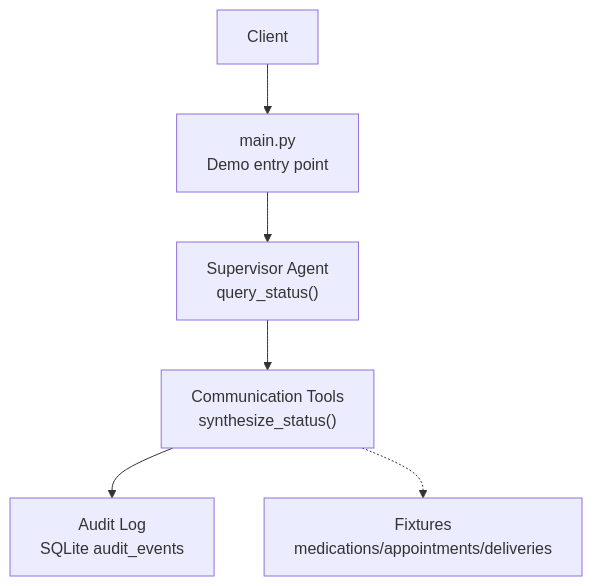
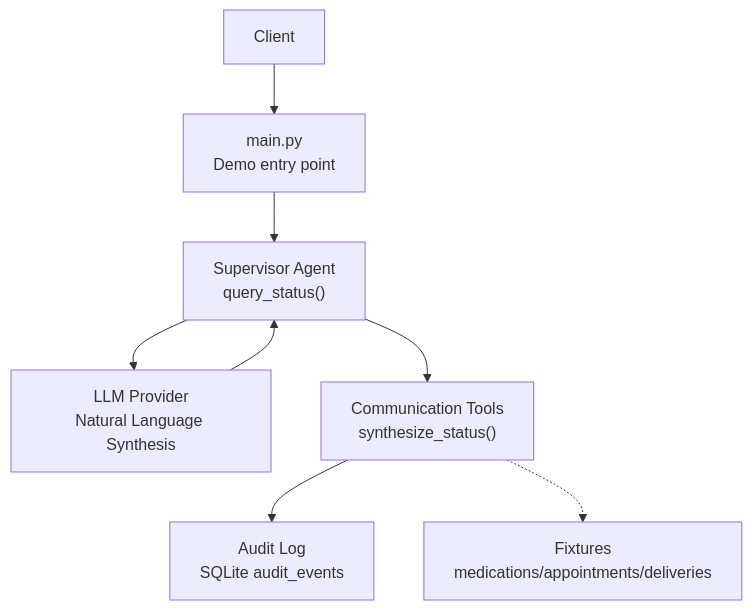
Before and after one commit to infamous-rebel/CareBridge: the first of 4 diagrams in .qoder/repowiki/en/content/API Reference/Status Query API.md, drawn with Mermaid. The commit also changed other lines of this file and 12 other files, not shown here.

````diff
--- a/.qoder/repowiki/en/content/API Reference/Status Query API.md
+++ b/.qoder/repowiki/en/content/API Reference/Status Query API.md
@@ -34,14 +42,17 @@
 ```mermaid
 graph TB
 Client["Client"]
 Main["main.py<br/>Demo entry point"]
 Supervisor["Supervisor Agent<br/>query_status()"]
+LLM["LLM Provider<br/>Natural Language Synthesis"]
 CommTools["Communication Tools<br/>synthesize_status()"]
 AuditDB["Audit Log<br/>SQLite audit_events"]
 Fixtures["Fixtures<br/>medications/appointments/deliveries"]
 Client --> Main
 Main --> Supervisor
 Supervisor --> CommTools
 CommTools --> AuditDB
 CommTools -.-> Fixtures
+Supervisor --> LLM
+LLM --> Supervisor
 ```
````
